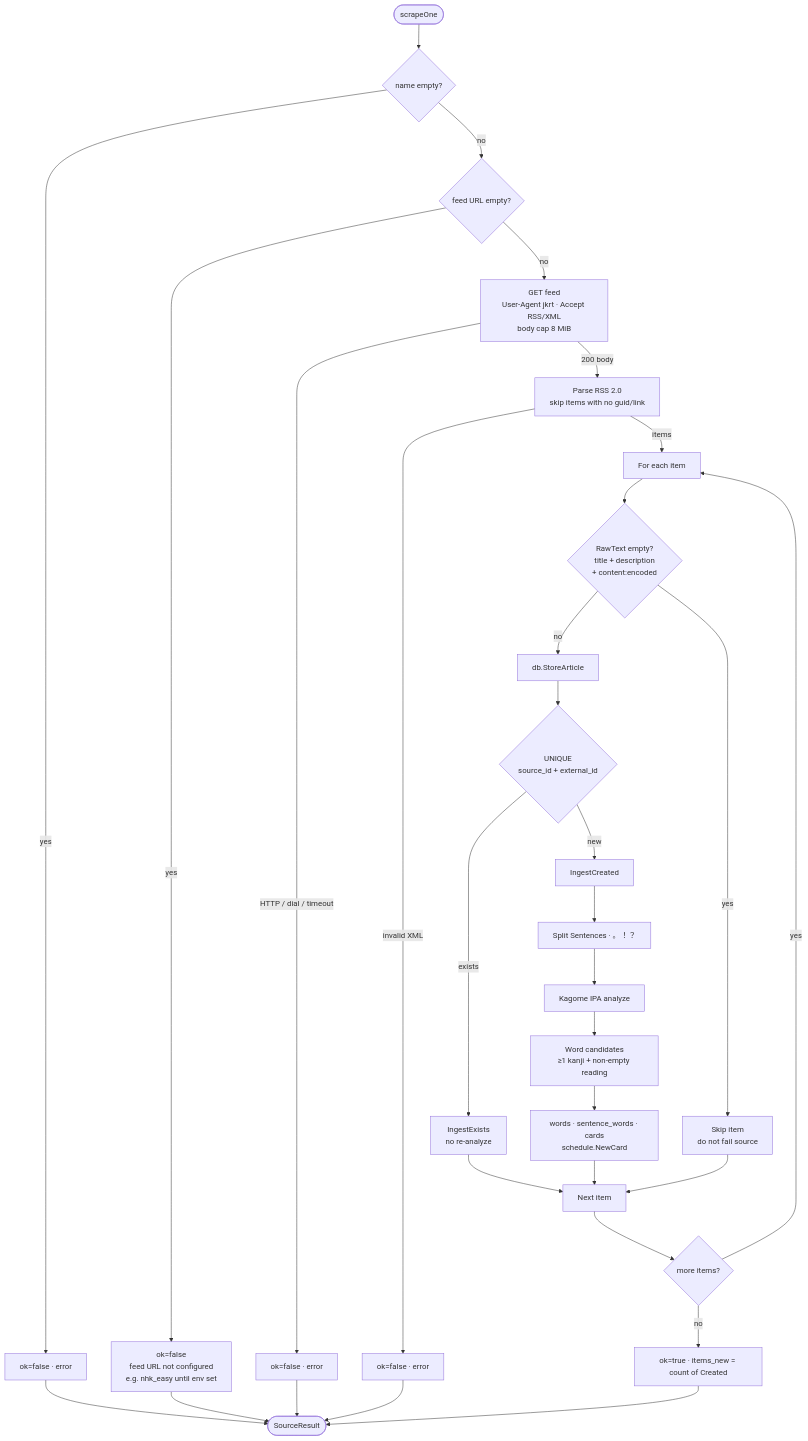
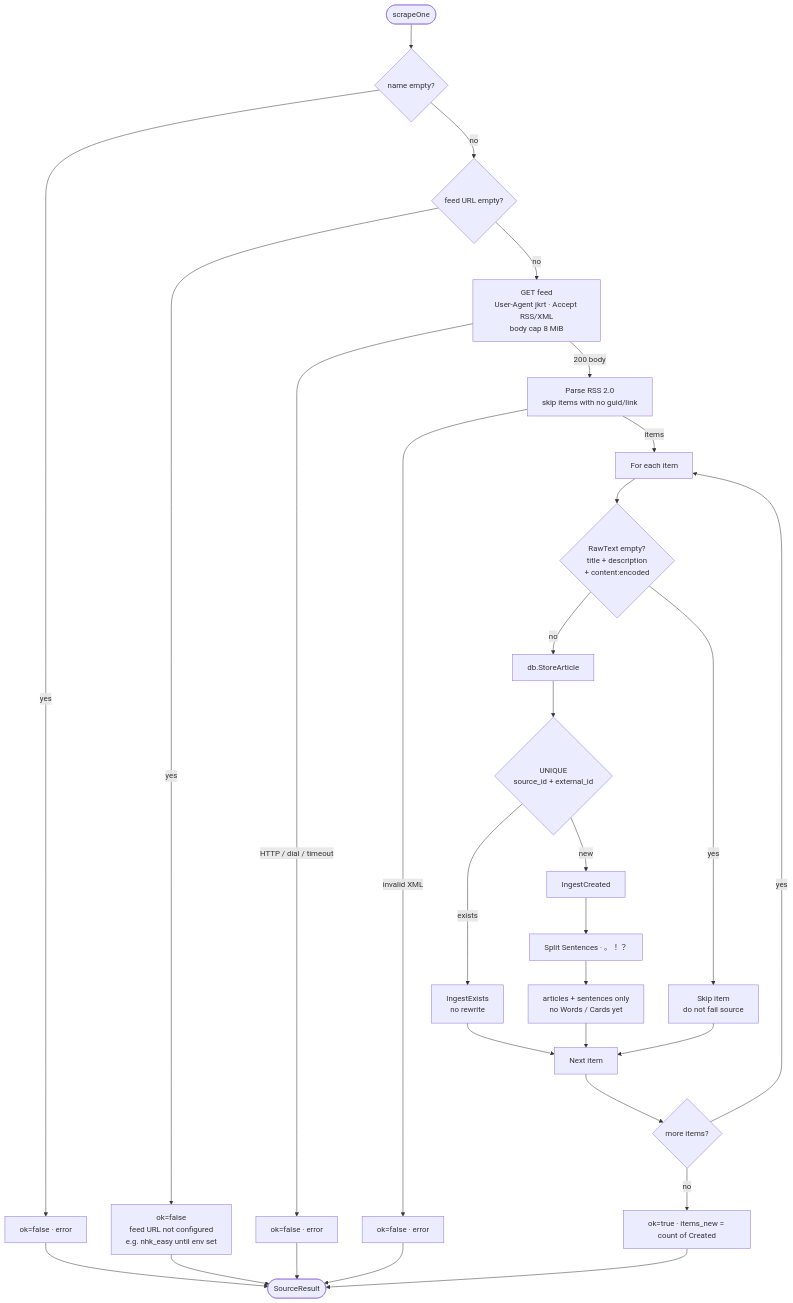
Before and after one commit to rikiisworking/jkrt: the third of 7 diagrams in README.md, drawn with Mermaid. The commit also changed other lines of this file and 4 other files, not shown here.

````diff
--- a/README.md
+++ b/README.md
@@ -105,36 +106,34 @@
 ```mermaid
 flowchart TD
   Start([scrapeOne]) --> Name{name empty?}
   Name -->|yes| Err1[ok=false · error]
   Name -->|no| URL{feed URL empty?}
   URL -->|yes| Soft[ok=false<br/>feed URL not configured<br/>e.g. nhk_easy until env set]
   URL -->|no| Fetch[GET feed<br/>User-Agent jkrt · Accept RSS/XML<br/>body cap 8 MiB]
   Fetch -->|HTTP / dial / timeout| Err2[ok=false · error]
   Fetch -->|200 body| Parse[Parse RSS 2.0<br/>skip items with no guid/link]
   Parse -->|invalid XML| Err3[ok=false · error]
   Parse -->|items| Each[For each item]
 
   Each --> Raw{RawText empty?<br/>title + description<br/>+ content:encoded}
   Raw -->|yes| Skip[Skip item<br/>do not fail source]
-  Raw -->|no| Ingest[db.StoreArticle]
+  Raw -->|no| Store[db.StoreArticle]
 
-  Ingest --> Dedupe{UNIQUE<br/>source_id + external_id}
-  Dedupe -->|exists| Exists[IngestExists<br/>no re-analyze]
+  Store --> Dedupe{UNIQUE<br/>source_id + external_id}
+  Dedupe -->|exists| Exists[IngestExists<br/>no rewrite]
   Dedupe -->|new| Create[IngestCreated]
   Create --> Split[Split Sentences · 。！？]
-  Split --> Kagome[Kagome IPA analyze]
-  Kagome --> Cand[Word candidates<br/>≥1 kanji + non-empty reading]
-  Cand --> Persist[words · sentence_words · cards<br/>schedule.NewCard]
+  Split --> Lib[articles + sentences only<br/>no Words / Cards yet]
   Exists --> NextItem[Next item]
-  Persist --> NextItem
+  Lib --> NextItem
   Skip --> NextItem
   NextItem --> More{more items?}
   More -->|yes| Each
   More -->|no| OK[ok=true · items_new = count of Created]
 
   Err1 --> Done([SourceResult])
   Soft --> Done
   Err2 --> Done
   Err3 --> Done
   OK --> Done
 ```
````
